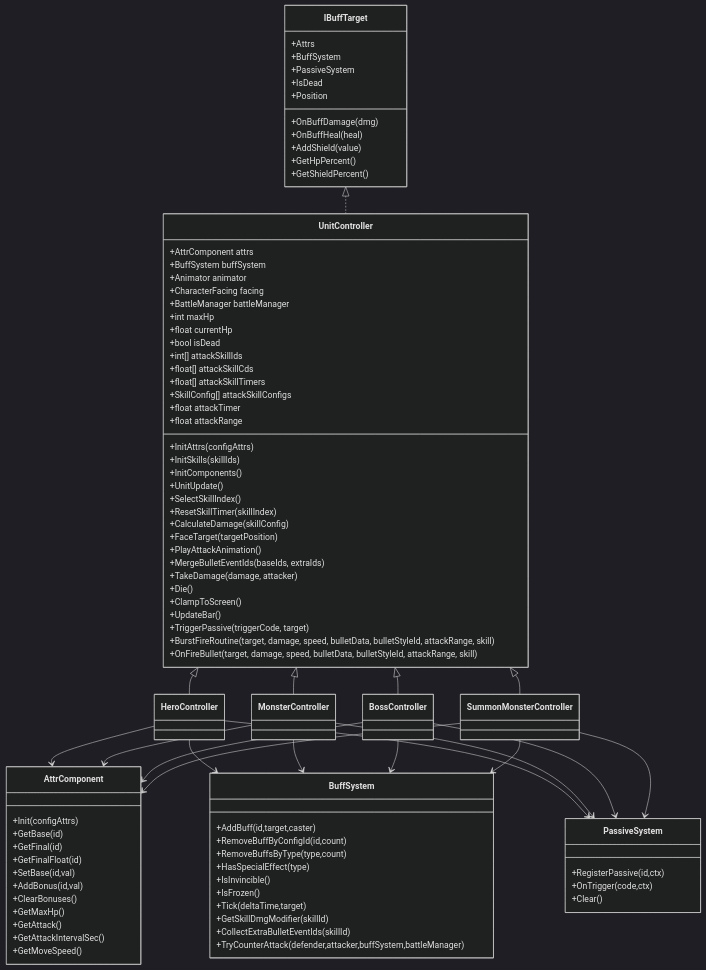
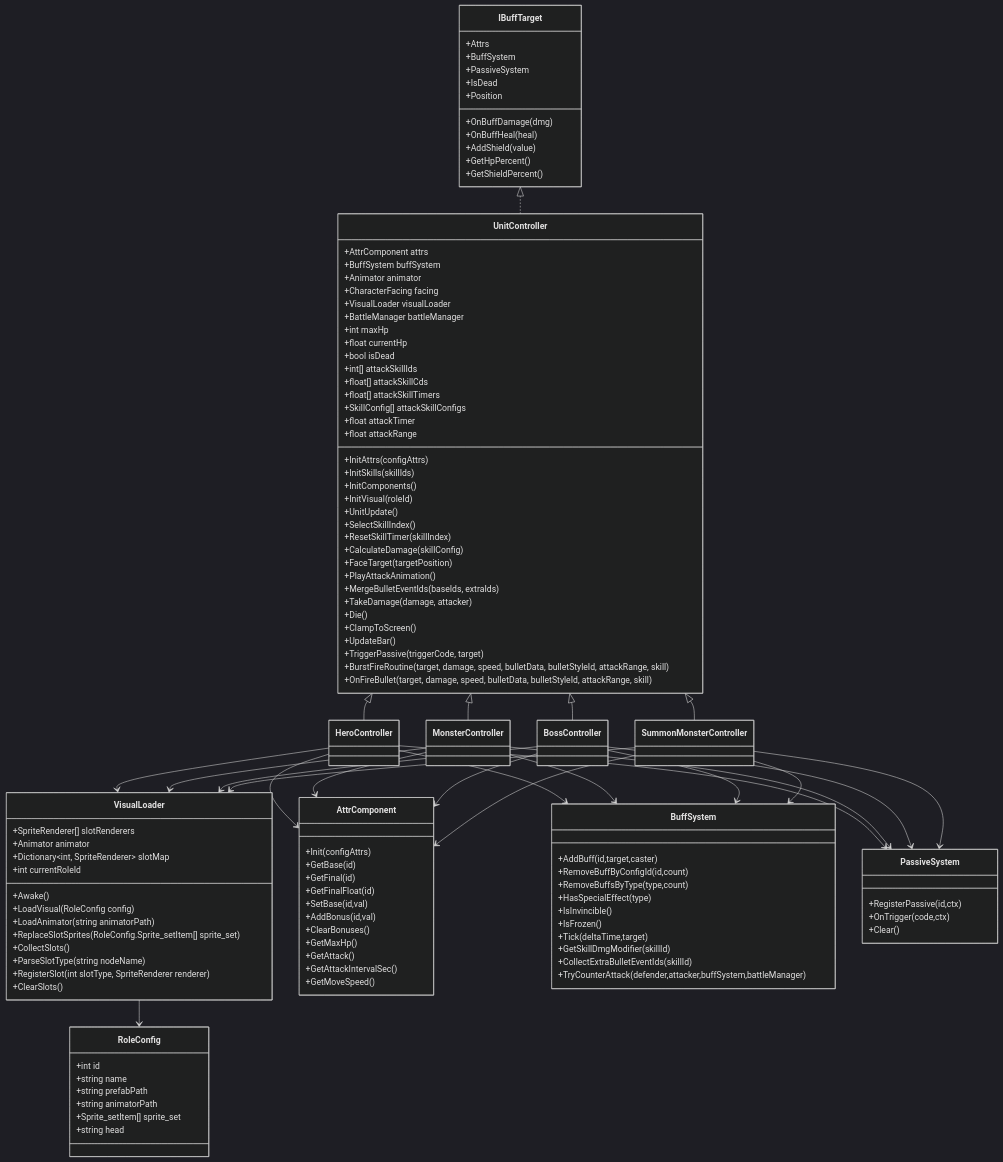
Before and after one commit to Tuusen/p1_client: the second of 7 diagrams in .qoder/repowiki/zh/content/战斗系统/角色控制器/角色控制器.md, drawn with Mermaid (dark theme). The commit also changed other lines of this file and 5 other files, not shown here.

````diff
--- a/.qoder/repowiki/zh/content/战斗系统/角色控制器/角色控制器.md
+++ b/.qoder/repowiki/zh/content/战斗系统/角色控制器/角色控制器.md
@@ -115,6 +137,7 @@
 +BuffSystem buffSystem
 +Animator animator
 +CharacterFacing facing
++VisualLoader visualLoader
 +BattleManager battleManager
 +int maxHp
 +float currentHp
@@ -128,6 +151,7 @@
 +InitAttrs(configAttrs)
 +InitSkills(skillIds)
 +InitComponents()
++InitVisual(roleId)
 +UnitUpdate()
 +SelectSkillIndex()
 +ResetSkillTimer(skillIndex)
@@ -142,6 +166,28 @@
 +TriggerPassive(triggerCode, target)
 +BurstFireRoutine(target, damage, speed, bulletData, bulletStyleId, attackRange, skill)
 +OnFireBullet(target, damage, speed, bulletData, bulletStyleId, attackRange, skill)
+}
+class VisualLoader {
++SpriteRenderer[] slotRenderers
++Animator animator
++Dictionary~int, SpriteRenderer~ slotMap
++int currentRoleId
++Awake()
++LoadVisual(RoleConfig config)
++LoadAnimator(string animatorPath)
++ReplaceSlotSprites(RoleConfig.Sprite_setItem[] sprite_set)
++CollectSlots()
++ParseSlotType(string nodeName)
++RegisterSlot(int slotType, SpriteRenderer renderer)
++ClearSlots()
+}
+class RoleConfig {
++int id
++string name
++string prefabPath
++string animatorPath
++Sprite_setItem[] sprite_set
++string head
 }
 class AttrComponent {
 +Init(configAttrs)
@@ -194,4 +240,9 @@
 MonsterController --> PassiveSystem
 BossController --> PassiveSystem
 SummonMonsterController --> PassiveSystem
+HeroController --> VisualLoader
+MonsterController --> VisualLoader
+BossController --> VisualLoader
+SummonMonsterController --> VisualLoader
+VisualLoader --> RoleConfig
 ```
````
